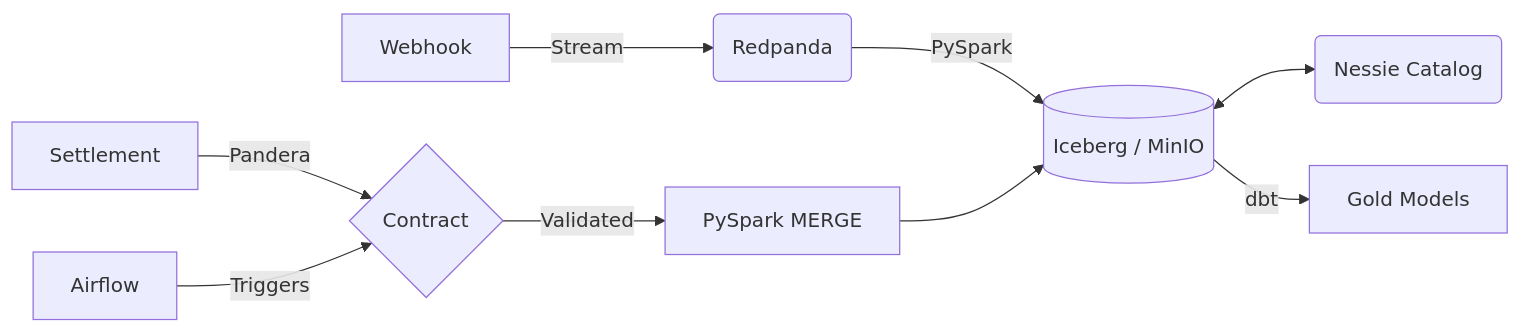
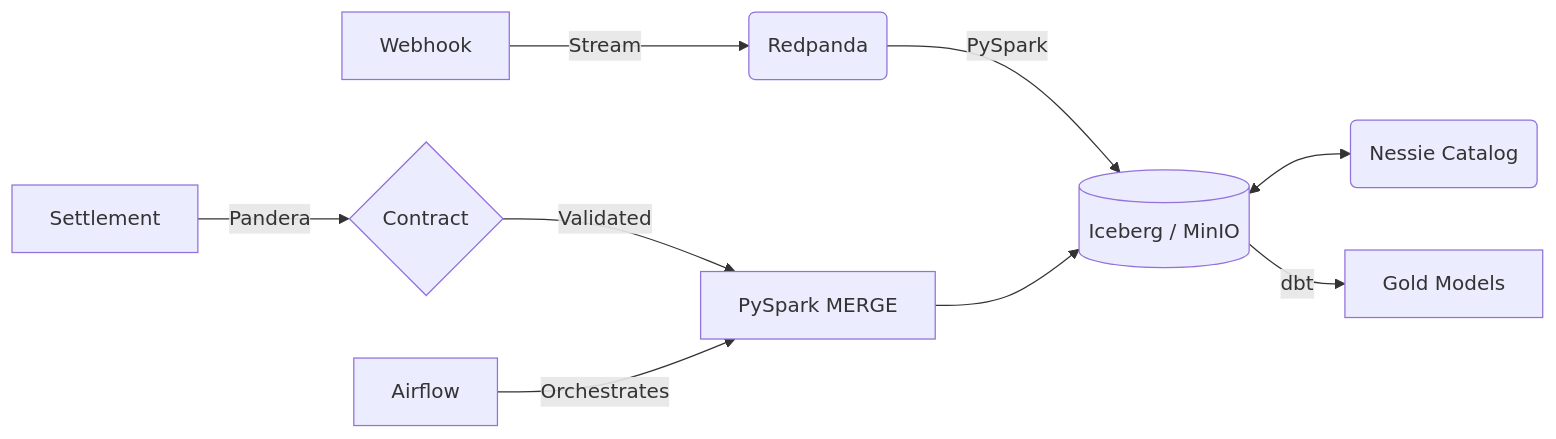
Before and after one commit to DhanushPillay/tx-recon: the diagram in README.md, drawn with Mermaid. The commit also changed other lines of this file, not shown here.

````diff
--- a/README.md
+++ b/README.md
@@ -112,13 +35,13 @@
 ```mermaid
 flowchart LR
     A[Webhook] -->|Stream| B(Redpanda)
     B -->|PySpark| C[(Iceberg / MinIO)]
     
     E[Settlement] -->|Pandera| V{Contract}
     V -->|Validated| F[PySpark MERGE]
     F --> C
     
-    G[Airflow] -->|Triggers| V
+    G[Airflow] -->|Orchestrates| F
     C <--> H(Nessie Catalog)
     C -->|dbt| I[Gold Models]
 ```
````
